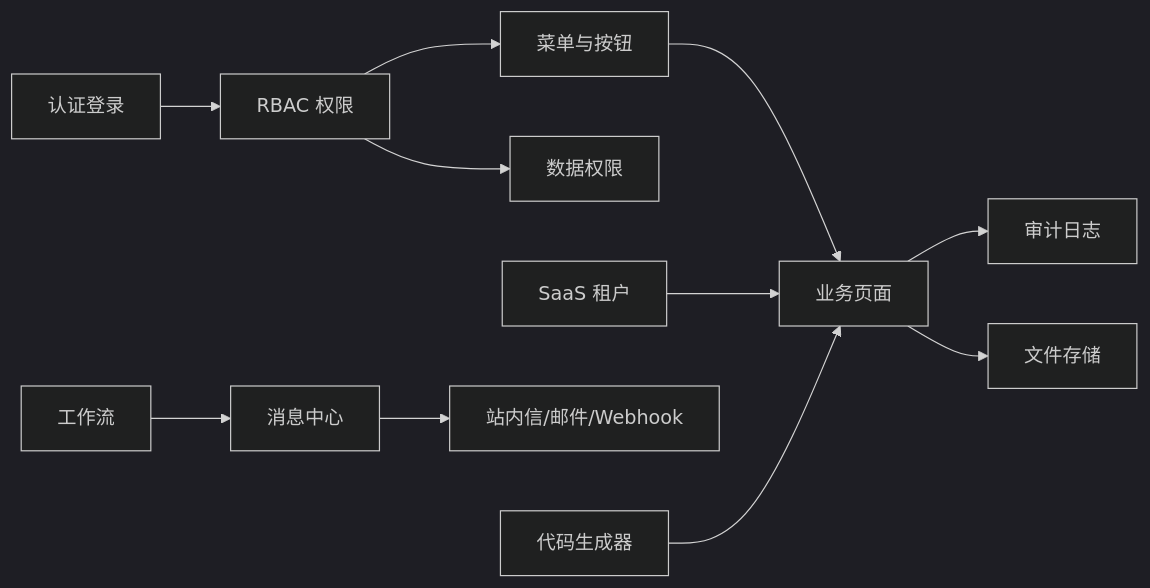
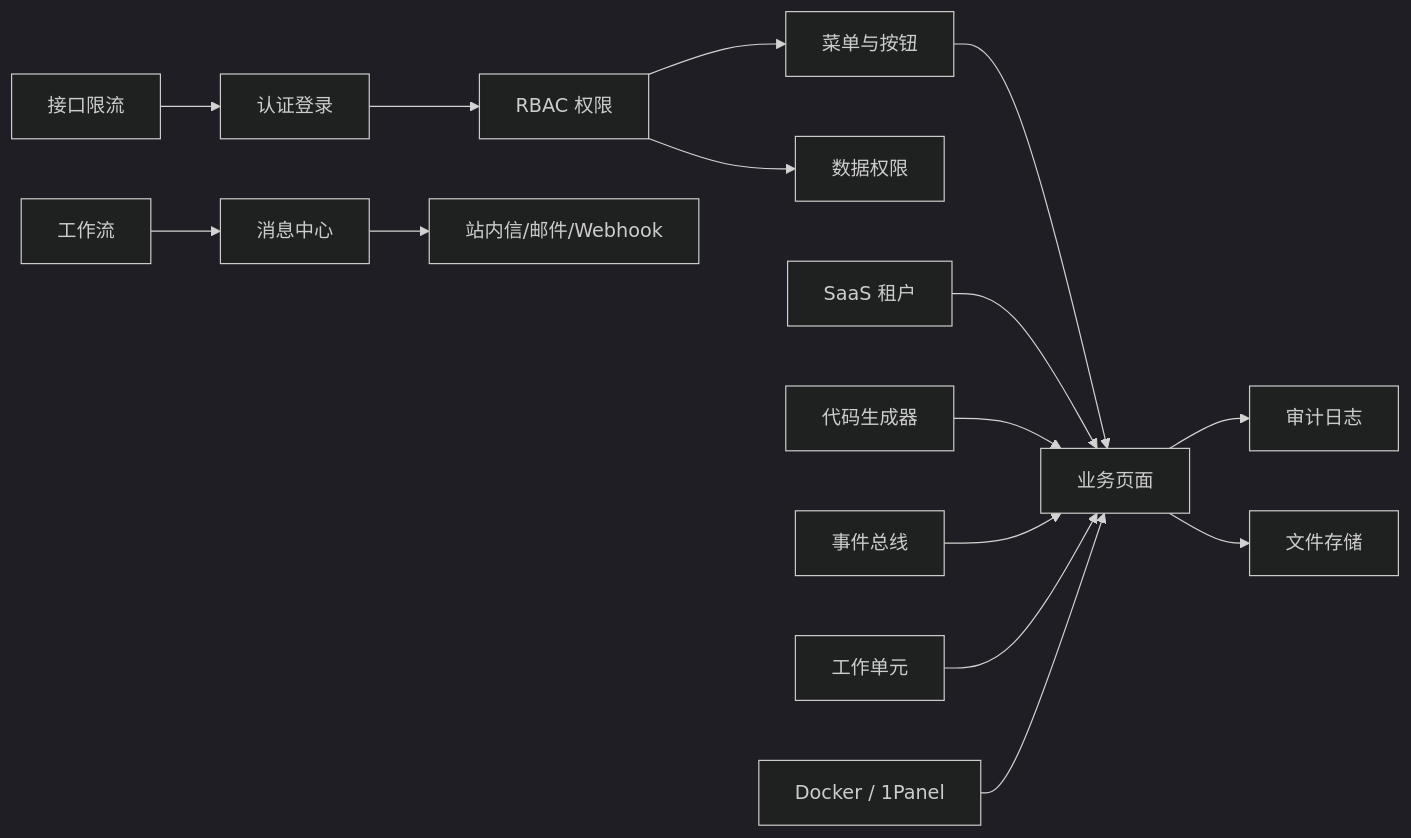
One commit to tellmevx-cell/mini-admin changed the diagram in docs-site/features/overview.md. Above: the diagram before and after it, drawn with Mermaid (dark theme). The commit also changed other lines of this file and 28 other files, not shown here.

````diff
--- a/docs-site/features/overview.md
+++ b/docs-site/features/overview.md
@@ -7,13 +7,17 @@
 ```mermaid
 flowchart LR
     A["认证登录"] --> B["RBAC 权限"]
     B --> C["菜单与按钮"]
     B --> D["数据权限"]
     C --> E["业务页面"]
     F["SaaS 租户"] --> E
     G["工作流"] --> H["消息中心"]
     H --> I["站内信/邮件/Webhook"]
     E --> J["审计日志"]
     E --> K["文件存储"]
     L["代码生成器"] --> E
+    M["事件总线"] --> E
+    N["工作单元"] --> E
+    O["接口限流"] --> A
+    P["Docker / 1Panel"] --> E
 ```
````
